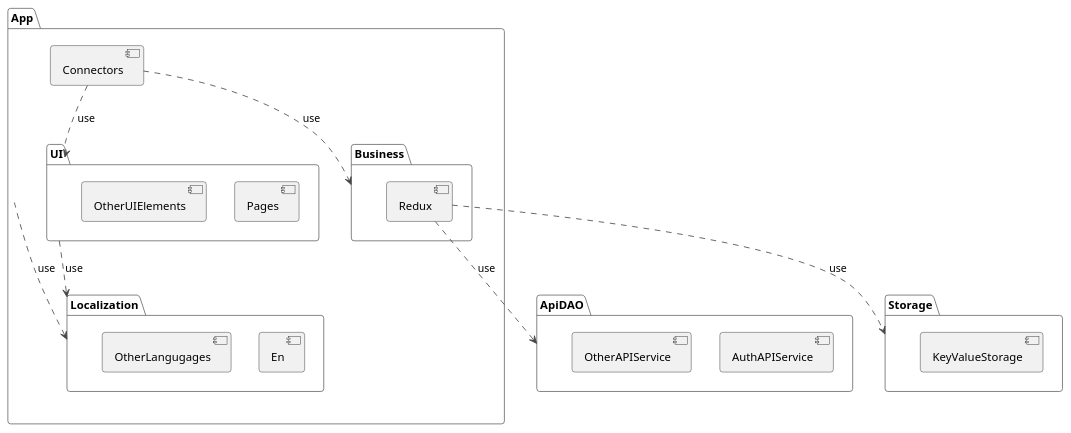
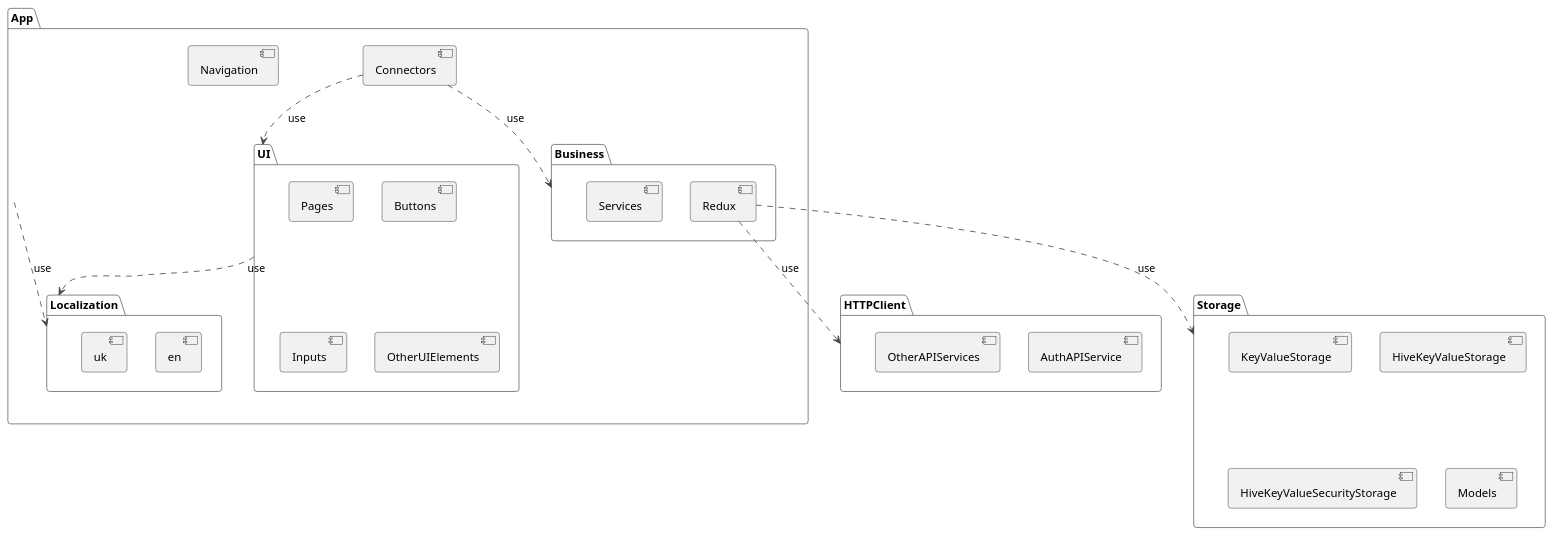
Before and after one commit to pro100andrey/flutter_redux_templates: the diagram in doc/modules.pu, drawn with PlantUML. The commit also changed 1 other file, not shown here.

Commit message:
update diagram

```diff
--- a/doc/modules.pu
+++ b/doc/modules.pu
@@ -1,37 +1,44 @@
 @startuml "modules"
 !theme vibrant
 
 package "App" {
     [Connectors]
+    [Navigation]
     Connectors ..> Business: use
     Connectors ..> UI: use
     App ..> Localization: use
 }
 
 package "UI" {
     UI ..> Localization: use
     [Pages]
+    [Buttons]
+    [Inputs]
     [OtherUIElements]
 }
 
 package "Localization" {
-    [En]
-    [OtherLangugages]
+    [en]
+    [uk]
 }
 
-package "ApiDAO" {
+package "HTTPClient" {
     [AuthAPIService]
-    [OtherAPIService]
+    [OtherAPIServices]
 }
 
 package "Storage" {
     [KeyValueStorage]
+    [HiveKeyValueStorage]
+    [HiveKeyValueSecurityStorage]
+    [Models]
 }
 
 package "Business" {
     [Redux]
+    [Services]
     Redux ..> Storage: use
-    Redux ..> ApiDAO: use
+    Redux ..> HTTPClient: use
 }
 
 @enduml
```
